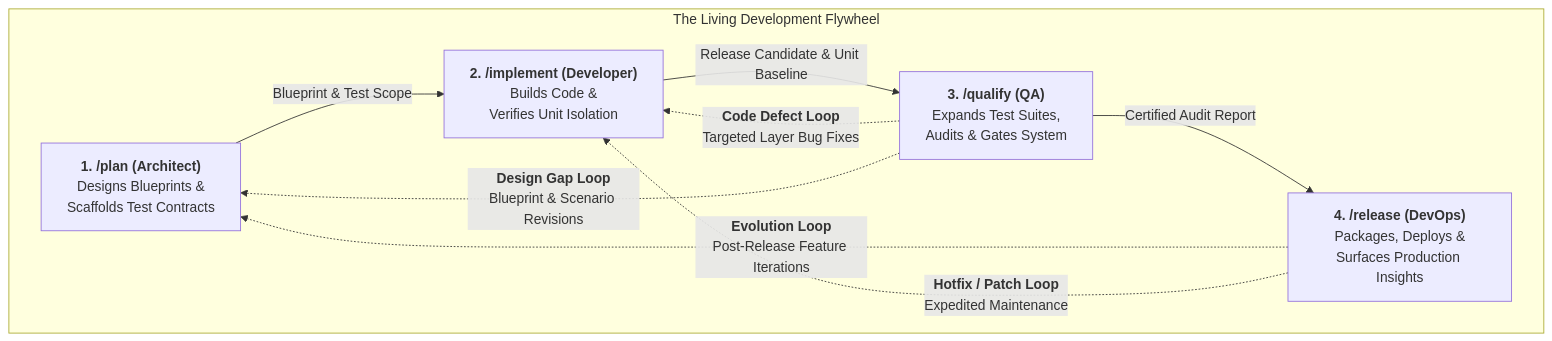
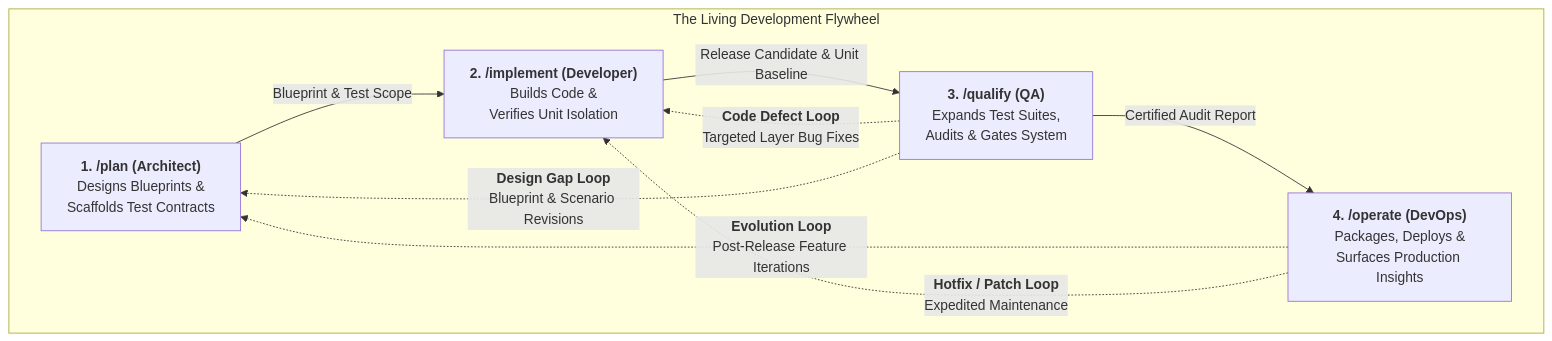
Before and after one commit to hrvthgergo/agent-driven-templates: the second of 2 diagrams in actions/user_guide.md, drawn with Mermaid. The commit also changed other lines of this file and 22 other files, not shown here.

First line of the commit message:
refactor(operate): rename /release action to /operate

````diff
--- a/actions/user_guide.md
+++ b/actions/user_guide.md
@@ -122,19 +122,19 @@
 ```mermaid
 graph TD
     subgraph Flywheel["The Living Development Flywheel"]
         Plan["<b>1. /plan (Architect)</b><br/>Designs Blueprints &<br/>Scaffolds Test Contracts"]
         Implement["<b>2. /implement (Developer)</b><br/>Builds Code &<br/>Verifies Unit Isolation"]
         Qualify["<b>3. /qualify (QA)</b><br/>Expands Test Suites,<br/>Audits & Gates System"]
-        Release["<b>4. /release (DevOps)</b><br/>Packages, Deploys &<br/>Surfaces Production Insights"]
+        Release["<b>4. /operate (DevOps)</b><br/>Packages, Deploys &<br/>Surfaces Production Insights"]
     end
 
     Plan -->|Blueprint & Test Scope| Implement
     Implement -->|Release Candidate & Unit Baseline| Qualify
     Qualify -->|Certified Audit Report| Release
     
     %% Symbiotic Feedback Loops
     Qualify -.->|<b>Code Defect Loop</b><br/>Targeted Layer Bug Fixes| Implement
     Qualify -.->|<b>Design Gap Loop</b><br/>Blueprint & Scenario Revisions| Plan
     Release -.->|<b>Evolution Loop</b><br/>Post-Release Feature Iterations| Plan
     Release -.->|<b>Hotfix / Patch Loop</b><br/>Expedited Maintenance| Implement
 ```
````
